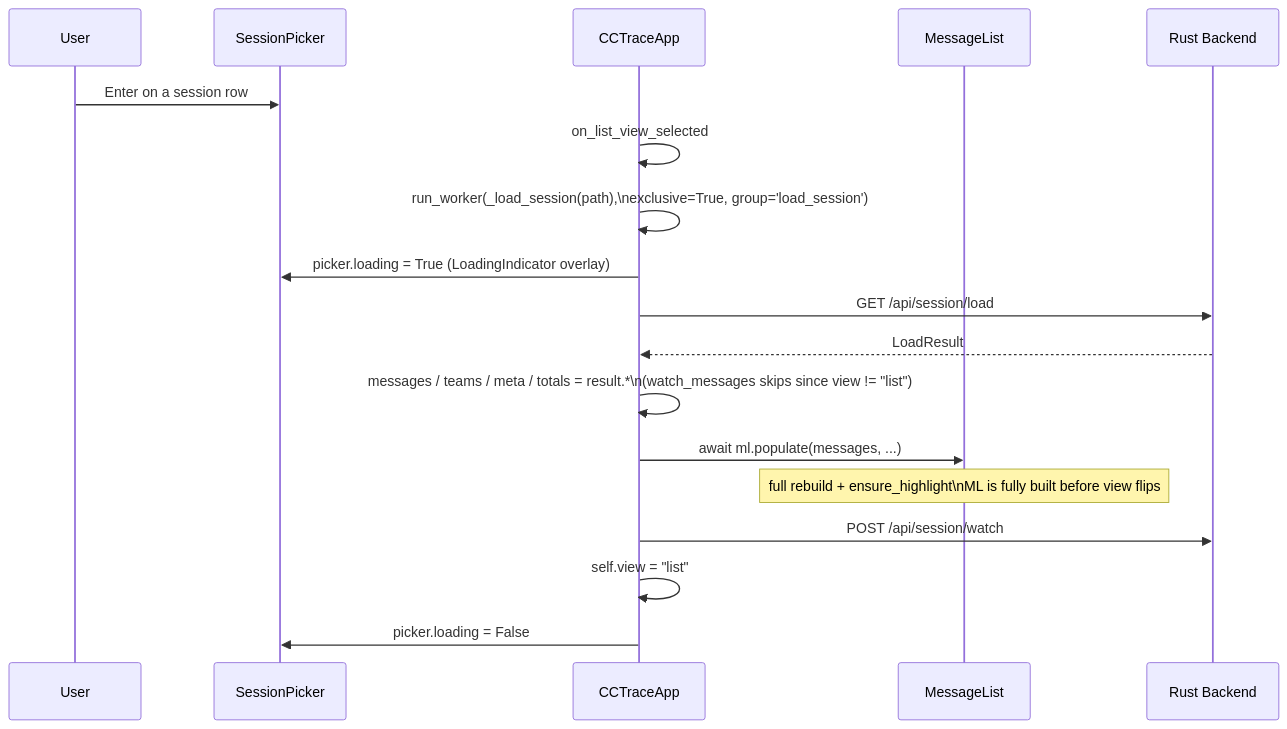
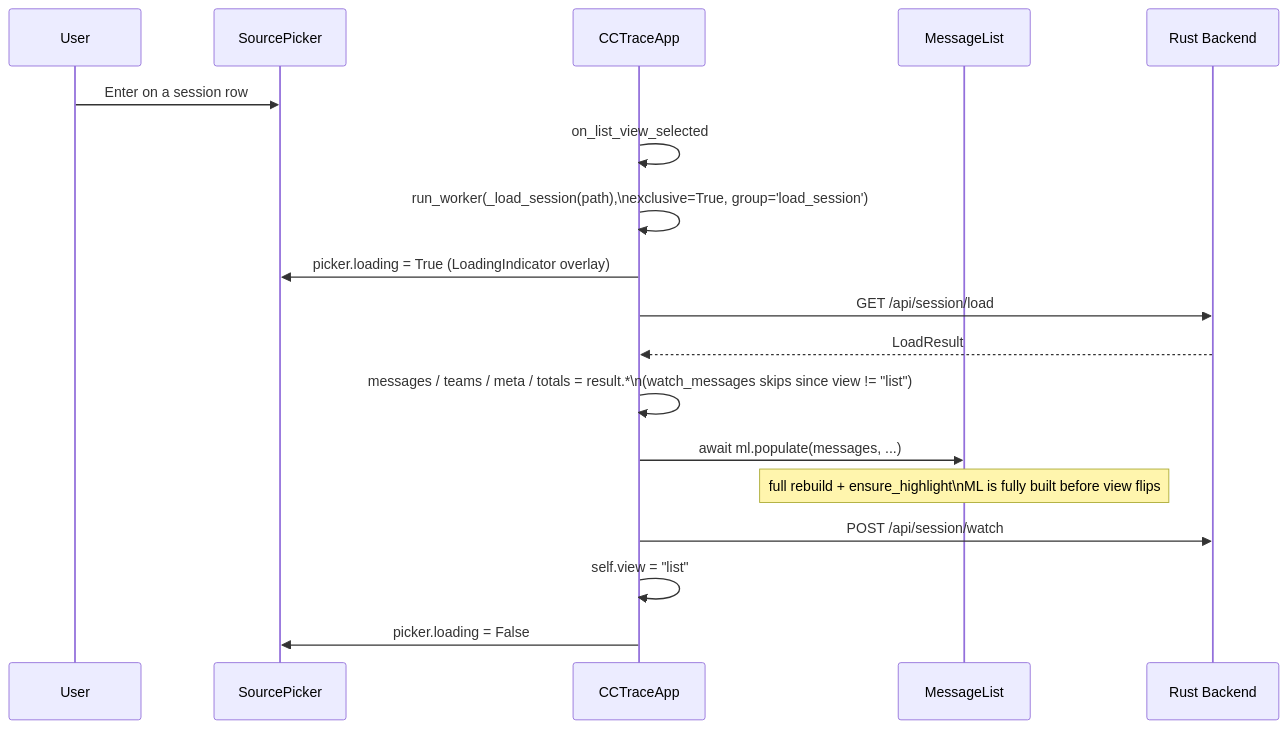
One commit to delexw/claude-code-trace changed the tenth of 12 diagrams in specs/06-tui.md. Above: the diagram before and after it, drawn with Mermaid. The commit also changed other lines of this file and 63 other files, not shown here.

````diff
--- a/specs/06-tui.md
+++ b/specs/06-tui.md
@@ -444,21 +452,21 @@
 ```mermaid
 sequenceDiagram
     participant USER as User
-    participant SP as SessionPicker
+    participant SP as SourcePicker
     participant APP as CCTraceApp
     participant ML as MessageList
     participant BE as Rust Backend
 
     USER ->> SP: Enter on a session row
     APP ->> APP: on_list_view_selected
     APP ->> APP: run_worker(_load_session(path),\nexclusive=True, group='load_session')
     APP ->> SP: picker.loading = True (LoadingIndicator overlay)
     APP ->> BE: GET /api/session/load
     BE -->> APP: LoadResult
     APP ->> APP: messages / teams / meta / totals = result.*\n(watch_messages skips since view != "list")
     APP ->> ML: await ml.populate(messages, ...)
     Note over ML: full rebuild + ensure_highlight\nML is fully built before view flips
     APP ->> BE: POST /api/session/watch
     APP ->> APP: self.view = "list"
     APP ->> SP: picker.loading = False
 ```
````
